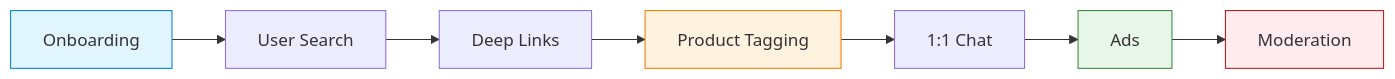
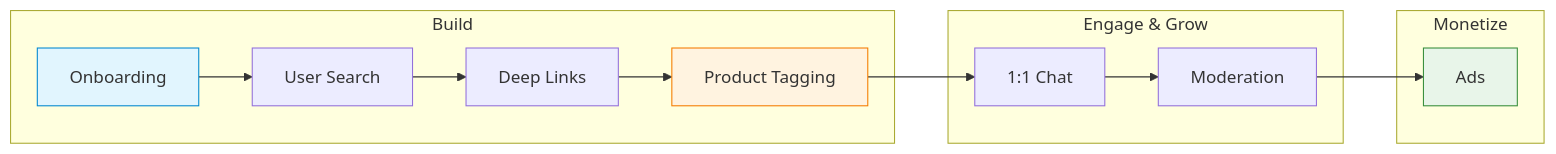
Before and after one commit to AmityCo/social-plus-docs: the fourth of 8 diagrams in use-cases/choose-your-path.mdx, drawn with Mermaid. The commit also changed other lines of this file and 6 other files, not shown here.

Commit message:
feat: revise events and product tagging

````diff
--- a/use-cases/choose-your-path.mdx
+++ b/use-cases/choose-your-path.mdx
@@ -229,14 +341,20 @@
 ```mermaid
 graph LR
-    A["Onboarding"] --> B["User Search"]
-    B --> C["Deep Links"]
-    C --> D["Product Tagging"]
-    D --> E["1:1 Chat"]
-    E --> F["Ads"]
-    F --> G["Moderation"]
+    subgraph Build
+        A["Onboarding"] --> B["User Search"]
+        B --> C["Deep Links"]
+        C --> D["Product Tagging"]
+    end
+    subgraph Engage & Grow
+        E["1:1 Chat"] --> F["Moderation"]
+    end
+    subgraph Monetize
+        G["Ads"]
+    end
+    D --> E
+    F --> G
 
     style A fill:#e1f5fe,stroke:#0288d1
     style D fill:#fff3e0,stroke:#f57c00
-    style F fill:#e8f5e9,stroke:#388e3c
-    style G fill:#ffebee,stroke:#b71c1c
+    style G fill:#e8f5e9,stroke:#388e3c
 ```
````
